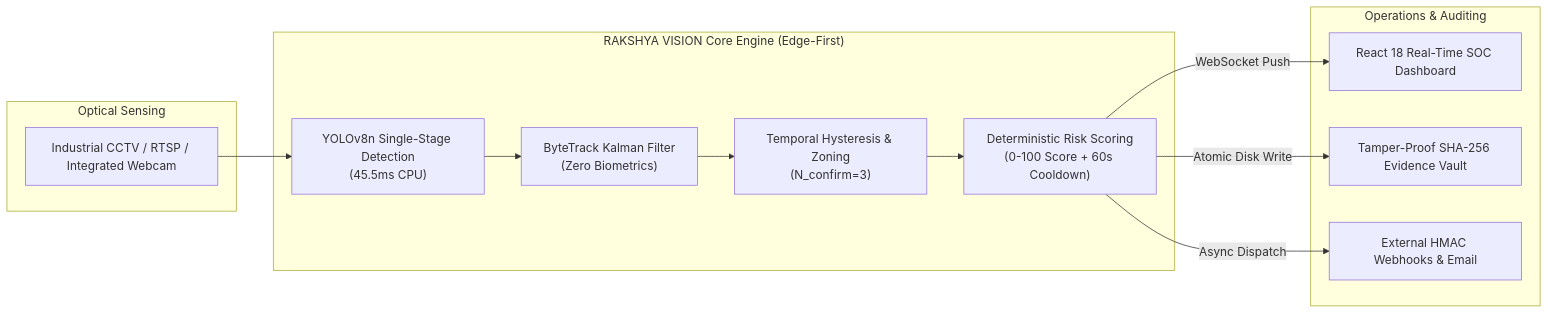
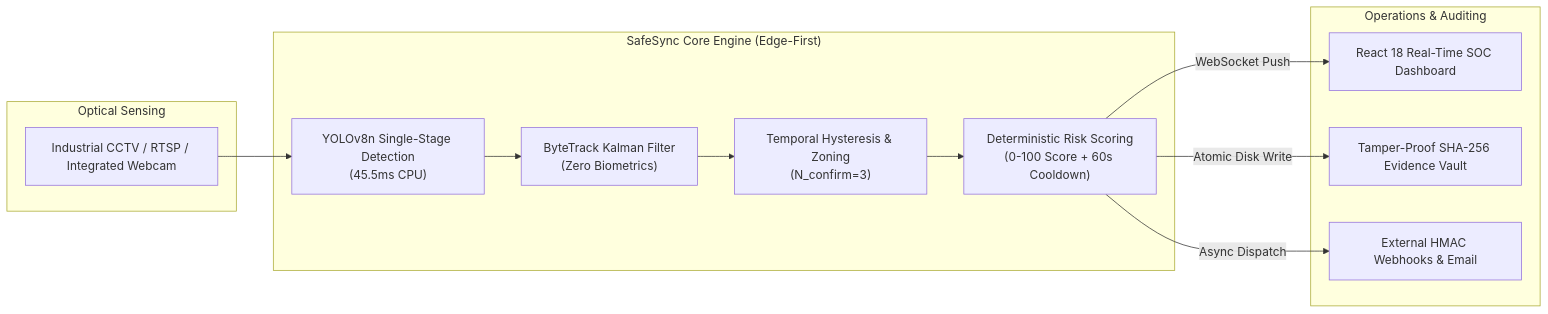
Before and after one commit to SMRU08/SafeSync: the first of 14 diagrams in BPUT-HACKATHON-2026/README.md, drawn with Mermaid. The commit also changed other lines of this file and 251 other files, not shown here.

Commit message:
feat(branding): permanently rename project from RAKSHYA VISION to SafeSync across full repository

````diff
--- a/BPUT-HACKATHON-2026/README.md
+++ b/BPUT-HACKATHON-2026/README.md
@@ -70,26 +70,26 @@
 ```mermaid
 flowchart LR
     subgraph SENSORS["Optical Sensing"]
         CAM["Industrial CCTV / RTSP / Integrated Webcam"]
     end
 
-    subgraph EDGE["RAKSHYA VISION Core Engine (Edge-First)"]
+    subgraph EDGE["SafeSync Core Engine (Edge-First)"]
         DET["YOLOv8n Single-Stage Detection<br/>(45.5ms CPU)"]
         TRK["ByteTrack Kalman Filter<br/>(Zero Biometrics)"]
         CMP["Temporal Hysteresis & Zoning<br/>(N_confirm=3)"]
         GOV["Deterministic Risk Scoring<br/>(0-100 Score + 60s Cooldown)"]
         
         DET --> TRK --> CMP --> GOV
     end
 
     subgraph OUTPUTS["Operations & Auditing"]
         SOC["React 18 Real-Time SOC Dashboard"]
         VAULT["Tamper-Proof SHA-256 Evidence Vault"]
         ALERTS["External HMAC Webhooks & Email"]
     end
 
     CAM --> DET
     GOV -->|"WebSocket Push"| SOC
     GOV -->|"Atomic Disk Write"| VAULT
     GOV -->|"Async Dispatch"| ALERTS
 ```
````
